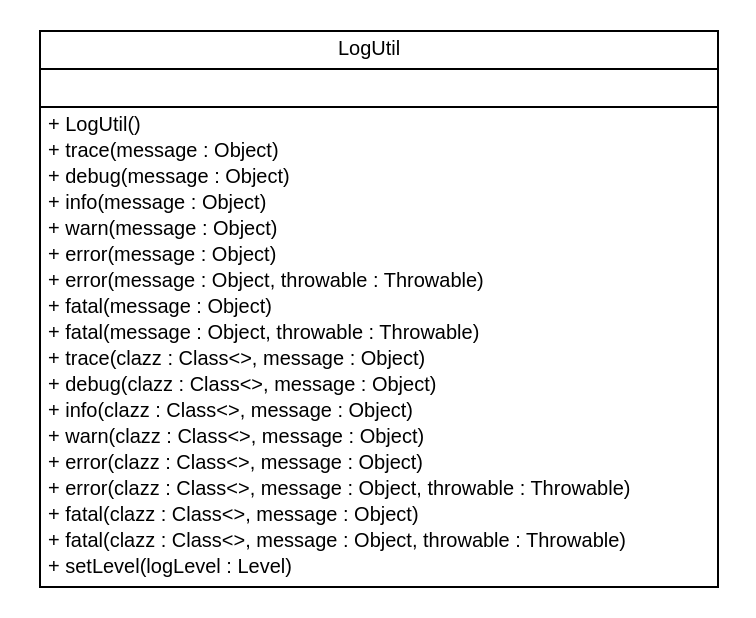
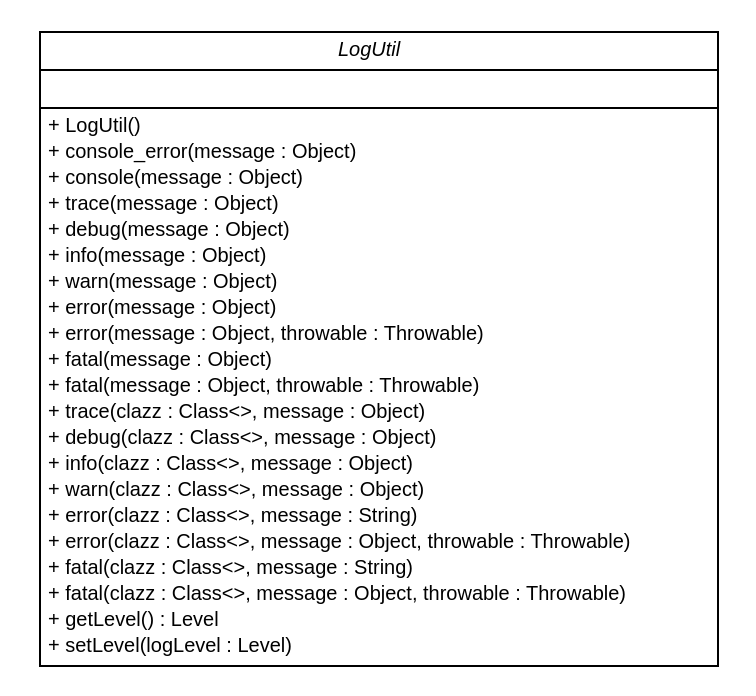
The diagram in apidocs/com/xley/lfosc/util/com.xley.lfosc.util.dot (pcross616/lf-osc-proxy), drawn with Graphviz before and after one commit. The commit also changed 542 other files, not shown here.

```diff
--- a/apidocs/com/xley/lfosc/util/com.xley.lfosc.util.dot
+++ b/apidocs/com/xley/lfosc/util/com.xley.lfosc.util.dot
@@ -1,41 +1,44 @@
 #!/usr/local/bin/dot
 #
 # Class diagram 
 # Generated by UMLGraph version R5_6 (http://www.umlgraph.org/)
 #
 
 digraph G {
 	edge [fontname="Helvetica",fontsize=10,labelfontname="Helvetica",labelfontsize=10];
 	node [fontname="Helvetica",fontsize=10,shape=plaintext];
 	nodesep=0.25;
 	ranksep=0.5;
 	// com.xley.lfosc.util.LogUtil
-	c20 [label=<<table title="com.xley.lfosc.util.LogUtil" border="0" cellborder="1" cellspacing="0" cellpadding="2" port="p" href="./LogUtil.html">
+	c343 [label=<<table title="com.xley.lfosc.util.LogUtil" border="0" cellborder="1" cellspacing="0" cellpadding="2" port="p" href="./LogUtil.html">
 		<tr><td><table border="0" cellspacing="0" cellpadding="1">
-<tr><td align="center" balign="center"> LogUtil </td></tr>
+<tr><td align="center" balign="center"><font face="Helvetica-Oblique"> LogUtil </font></td></tr>
 		</table></td></tr>
 		<tr><td><table border="0" cellspacing="0" cellpadding="1">
 <tr><td align="left" balign="left">  </td></tr>
 		</table></td></tr>
 		<tr><td><table border="0" cellspacing="0" cellpadding="1">
 <tr><td align="left" balign="left"> + LogUtil() </td></tr>
+<tr><td align="left" balign="left"> + console_error(message : Object) </td></tr>
+<tr><td align="left" balign="left"> + console(message : Object) </td></tr>
 <tr><td align="left" balign="left"> + trace(message : Object) </td></tr>
 <tr><td align="left" balign="left"> + debug(message : Object) </td></tr>
 <tr><td align="left" balign="left"> + info(message : Object) </td></tr>
 <tr><td align="left" balign="left"> + warn(message : Object) </td></tr>
 <tr><td align="left" balign="left"> + error(message : Object) </td></tr>
 <tr><td align="left" balign="left"> + error(message : Object, throwable : Throwable) </td></tr>
 <tr><td align="left" balign="left"> + fatal(message : Object) </td></tr>
 <tr><td align="left" balign="left"> + fatal(message : Object, throwable : Throwable) </td></tr>
 <tr><td align="left" balign="left"> + trace(clazz : Class&lt;&gt;, message : Object) </td></tr>
 <tr><td align="left" balign="left"> + debug(clazz : Class&lt;&gt;, message : Object) </td></tr>
 <tr><td align="left" balign="left"> + info(clazz : Class&lt;&gt;, message : Object) </td></tr>
 <tr><td align="left" balign="left"> + warn(clazz : Class&lt;&gt;, message : Object) </td></tr>
-<tr><td align="left" balign="left"> + error(clazz : Class&lt;&gt;, message : Object) </td></tr>
+<tr><td align="left" balign="left"> + error(clazz : Class&lt;&gt;, message : String) </td></tr>
 <tr><td align="left" balign="left"> + error(clazz : Class&lt;&gt;, message : Object, throwable : Throwable) </td></tr>
-<tr><td align="left" balign="left"> + fatal(clazz : Class&lt;&gt;, message : Object) </td></tr>
+<tr><td align="left" balign="left"> + fatal(clazz : Class&lt;&gt;, message : String) </td></tr>
 <tr><td align="left" balign="left"> + fatal(clazz : Class&lt;&gt;, message : Object, throwable : Throwable) </td></tr>
+<tr><td align="left" balign="left"> + getLevel() : Level </td></tr>
 <tr><td align="left" balign="left"> + setLevel(logLevel : Level) </td></tr>
 		</table></td></tr>
 		</table>>, URL="./LogUtil.html", fontname="Helvetica", fontcolor="black", fontsize=10.0];
 }
```
